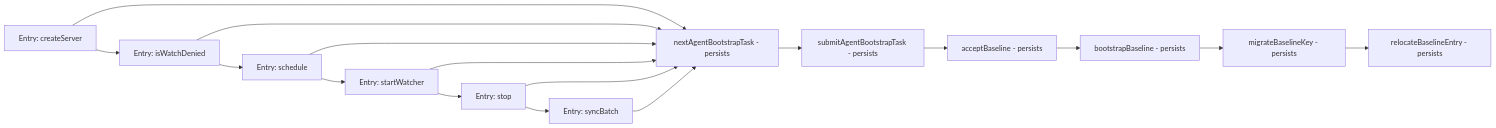
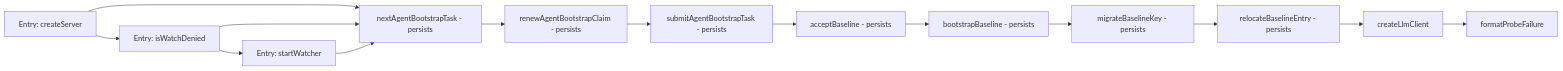
One commit to eduardoabreu81/livewiki changed the diagram in livewiki/diagrams/flow-mcp-src-to-llm.mmd. Above: the diagram before and after it, drawn with Mermaid. The commit also changed 79 other files, not shown here.

```diff
--- a/livewiki/diagrams/flow-mcp-src-to-llm.mmd
+++ b/livewiki/diagrams/flow-mcp-src-to-llm.mmd
@@ -1,17 +1,14 @@
 flowchart LR
-  n0[Entry: createServer] --> n6[nextAgentBootstrapTask - persists]
-  n1[Entry: isWatchDenied] --> n6[nextAgentBootstrapTask - persists]
-  n2[Entry: schedule] --> n6[nextAgentBootstrapTask - persists]
-  n3[Entry: startWatcher] --> n6[nextAgentBootstrapTask - persists]
-  n4[Entry: stop] --> n6[nextAgentBootstrapTask - persists]
-  n5[Entry: syncBatch] --> n6[nextAgentBootstrapTask - persists]
-  n6[nextAgentBootstrapTask - persists] --> n7[submitAgentBootstrapTask - persists]
-  n7[submitAgentBootstrapTask - persists] --> n8[acceptBaseline - persists]
-  n8[acceptBaseline - persists] --> n9[bootstrapBaseline - persists]
-  n9[bootstrapBaseline - persists] --> n10[migrateBaselineKey - persists]
-  n10[migrateBaselineKey - persists] --> n11[relocateBaselineEntry - persists]
+  n0[Entry: createServer] --> n3[nextAgentBootstrapTask - persists]
+  n1[Entry: isWatchDenied] --> n3[nextAgentBootstrapTask - persists]
+  n2[Entry: startWatcher] --> n3[nextAgentBootstrapTask - persists]
+  n3[nextAgentBootstrapTask - persists] --> n4[renewAgentBootstrapClaim - persists]
+  n4[renewAgentBootstrapClaim - persists] --> n5[submitAgentBootstrapTask - persists]
+  n5[submitAgentBootstrapTask - persists] --> n6[acceptBaseline - persists]
+  n6[acceptBaseline - persists] --> n7[bootstrapBaseline - persists]
+  n7[bootstrapBaseline - persists] --> n8[migrateBaselineKey - persists]
+  n8[migrateBaselineKey - persists] --> n9[relocateBaselineEntry - persists]
+  n9[relocateBaselineEntry - persists] --> n10[createLlmClient]
+  n10[createLlmClient] --> n11[formatProbeFailure]
   n0[Entry: createServer] --> n1[Entry: isWatchDenied]
-  n1[Entry: isWatchDenied] --> n2[Entry: schedule]
-  n2[Entry: schedule] --> n3[Entry: startWatcher]
-  n3[Entry: startWatcher] --> n4[Entry: stop]
-  n4[Entry: stop] --> n5[Entry: syncBatch]
+  n1[Entry: isWatchDenied] --> n2[Entry: startWatcher]
```
